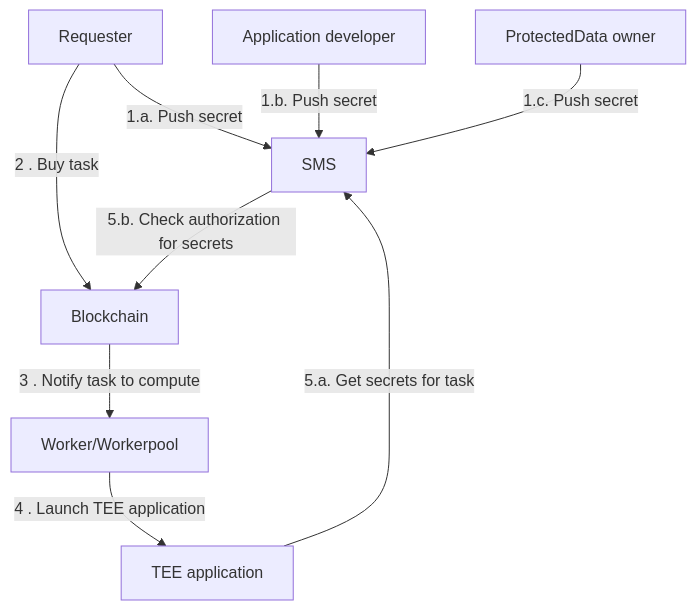
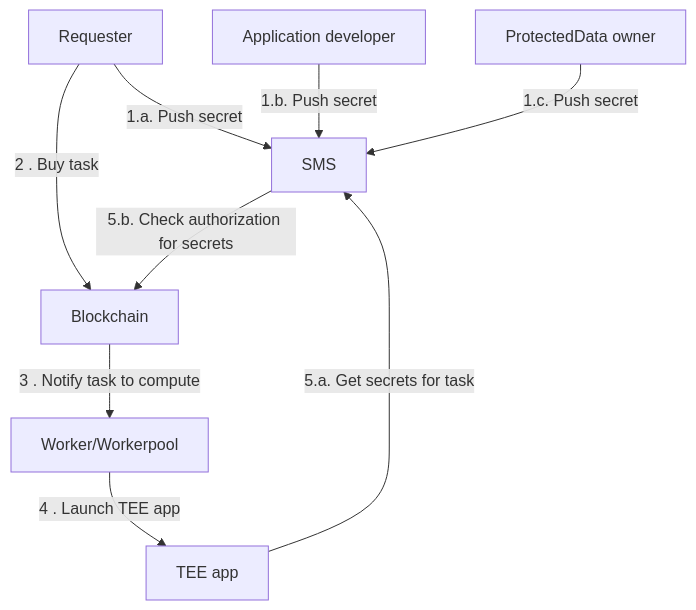
Before and after one commit to iExecBlockchainComputing/documentation: the diagram in src/guides/build-iapp/advanced/access-confidential-assets.md, drawn with Mermaid. The commit also changed other lines of this file and 39 other files, not shown here.

````diff
--- a/src/guides/build-iapp/advanced/access-confidential-assets.md
+++ b/src/guides/build-iapp/advanced/access-confidential-assets.md
@@ -49,11 +47,11 @@
 ```mermaid
 graph TD
     Req[Requester] -->|1.a. Push secret| SMS[SMS]
     AppDev[Application developer] -->|1.b. Push secret| SMS
     ProtectedDataOwn[ProtectedData owner] -->|1.c. Push secret| SMS
     Req --> |2 . Buy task| Chain
     Chain[Blockchain] --> |3 . Notify task to compute| Worker[Worker/Workerpool]
-    Worker --> |4 . Launch TEE application| iApp[TEE application]
+    Worker --> |4 . Launch TEE app| iApp[TEE app]
     iApp --> |5.a. Get secrets for task| SMS
     SMS --> |5.b. Check authorization for secrets| Chain
 ```
````
